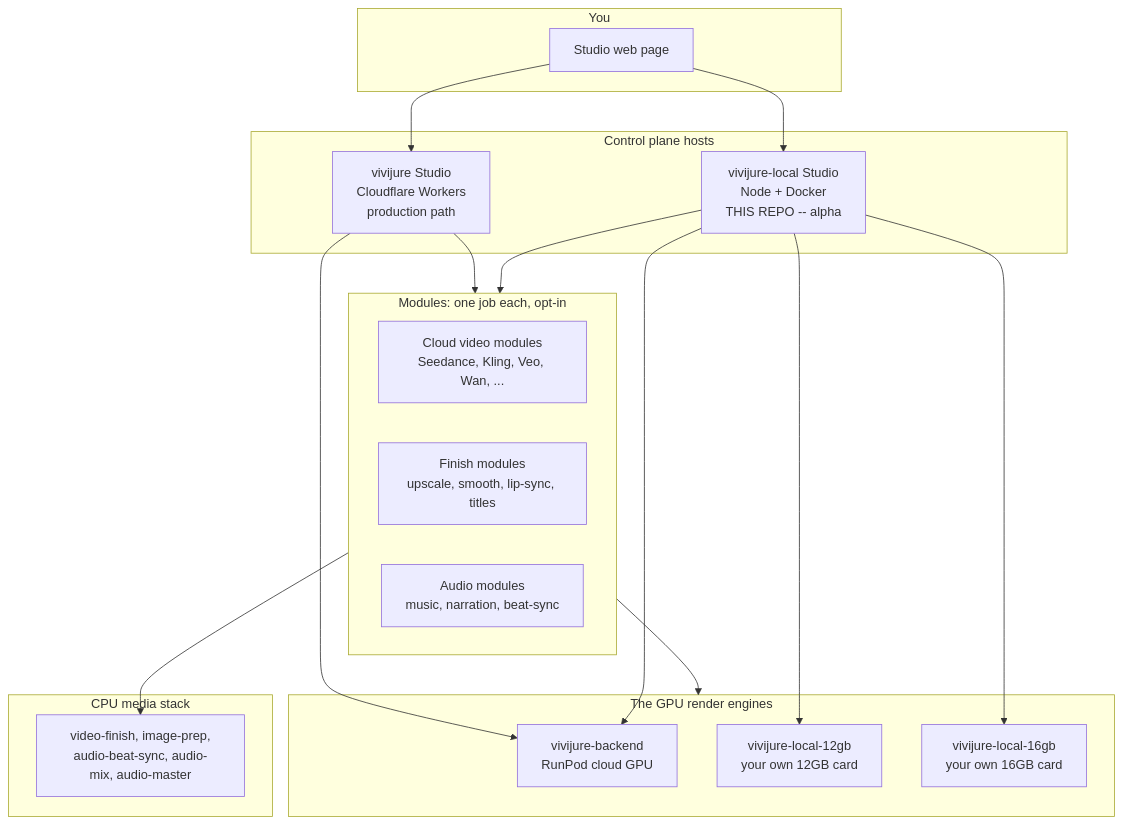
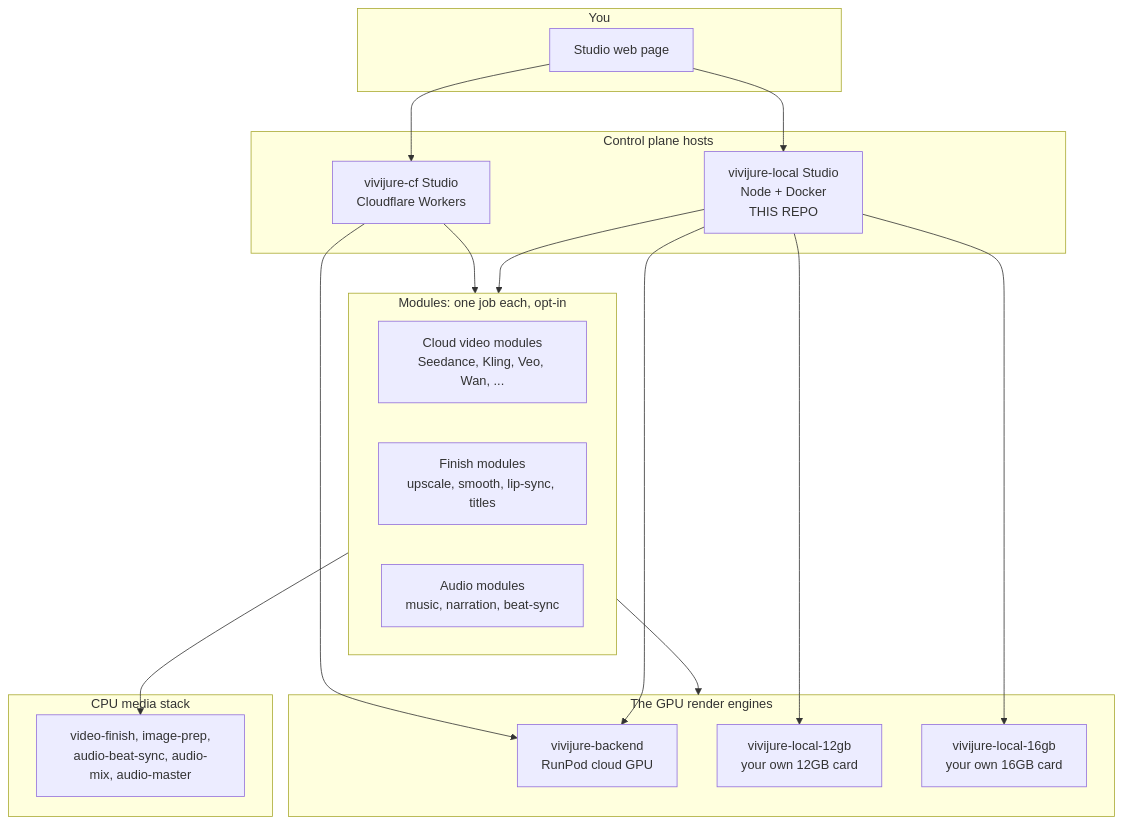
One commit to skyphusion-labs/vivijure-local changed the diagram in docs/constellation.md. Above: the diagram before and after it, drawn with Mermaid. The commit also changed other lines of this file and 6 other files, not shown here.

First line of the commit message:
docs: de-alpha vivijure-local and repoint stale monolith pointers to vivijure-cf (#68)

````diff
--- a/docs/constellation.md
+++ b/docs/constellation.md
@@ -17,38 +17,38 @@
 ```mermaid
 flowchart TD
     subgraph front[You]
         ui[Studio web page]
     end
 
     subgraph hosts[Control plane hosts]
-        studio_cf[vivijure Studio<br/>Cloudflare Workers<br/>production path]
-        studio_local[vivijure-local Studio<br/>Node + Docker<br/>THIS REPO -- alpha]
+        studio_cf[vivijure-cf Studio<br/>Cloudflare Workers]
+        studio_local[vivijure-local Studio<br/>Node + Docker<br/>THIS REPO]
     end
 
     subgraph modules[Modules: one job each, opt-in]
         cloudmods[Cloud video modules<br/>Seedance, Kling, Veo, Wan, ...]
         finishmods[Finish modules<br/>upscale, smooth, lip-sync, titles]
         audiomods[Audio modules<br/>music, narration, beat-sync]
     end
 
     subgraph gpu[The GPU render engines]
         backend[vivijure-backend<br/>RunPod cloud GPU]
         local12[vivijure-local-12gb<br/>your own 12GB card]
         local16[vivijure-local-16gb<br/>your own 16GB card]
     end
 
     subgraph cpu[CPU media stack]
         finish_cpu[video-finish, image-prep,<br/>audio-beat-sync, audio-mix, audio-master]
     end
 
     ui --> studio_cf
     ui --> studio_local
     studio_cf --> modules
     studio_local --> modules
     modules --> gpu
     modules --> finish_cpu
     studio_cf --> backend
     studio_local --> backend
     studio_local --> local12
     studio_local --> local16
 ```
````
